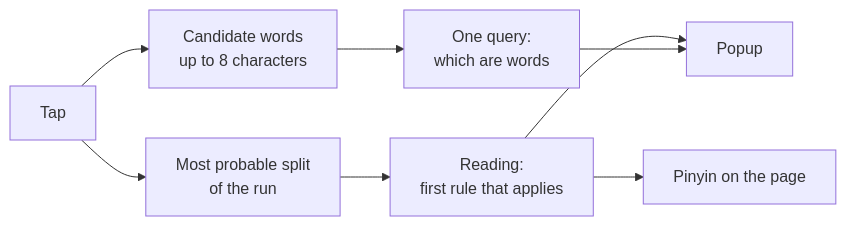
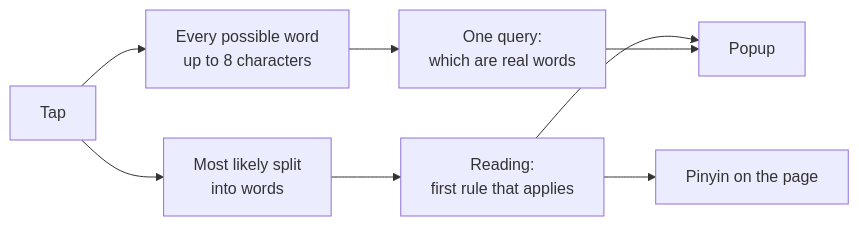
The diagram in README.md (scartoon/koreader-chinese-helper), drawn with Mermaid before and after one commit. The commit also changed other lines of this file and 1 other file, not shown here.

````diff
--- a/README.md
+++ b/README.md
@@ -661,10 +673,10 @@
 ```mermaid
 flowchart LR
-    T["Tap"] --> K["Candidate words<br/>up to 8 characters"]
-    K --> Q["One query:<br/>which are words"]
-    T --> S["Most probable split<br/>of the run"]
+    T["Tap"] --> K["Every possible word<br/>up to 8 characters"]
+    K --> Q["One query:<br/>which are real words"]
+    T --> S["Most likely split<br/>into words"]
     S --> P["Reading:<br/>first rule that applies"]
     P --> D["Pinyin on the page"]
     P --> U["Popup"]
     Q --> U
 ```
````
